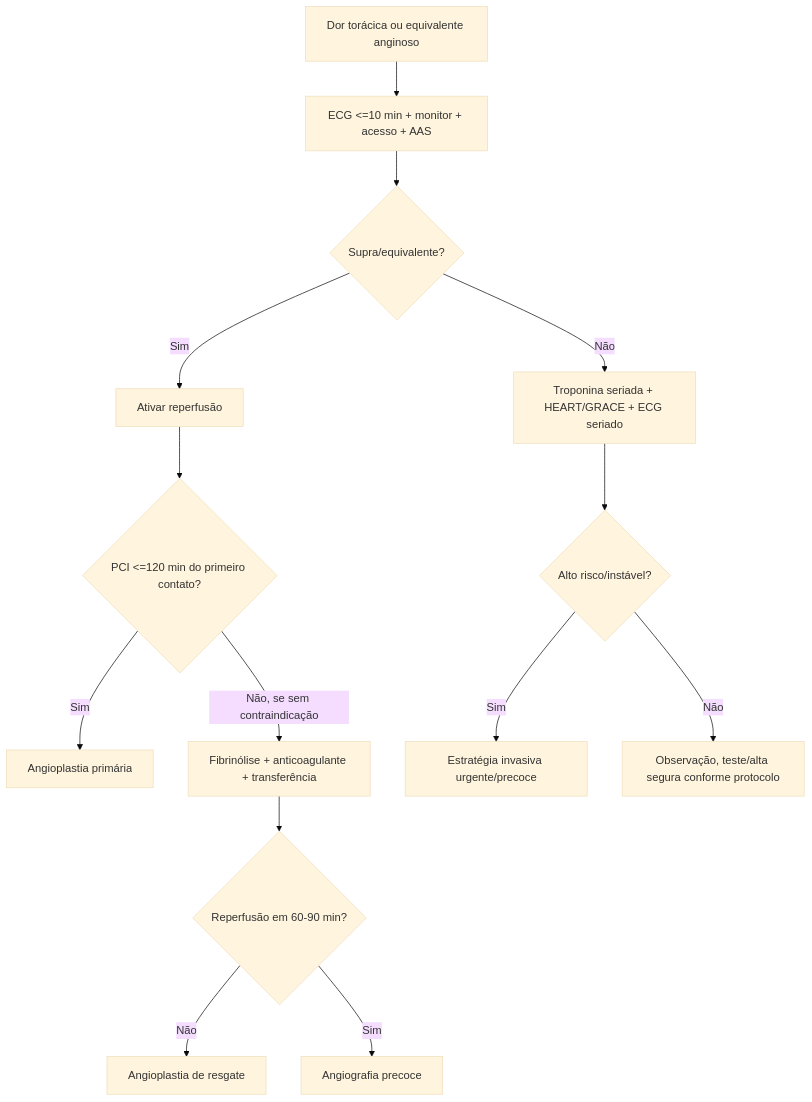
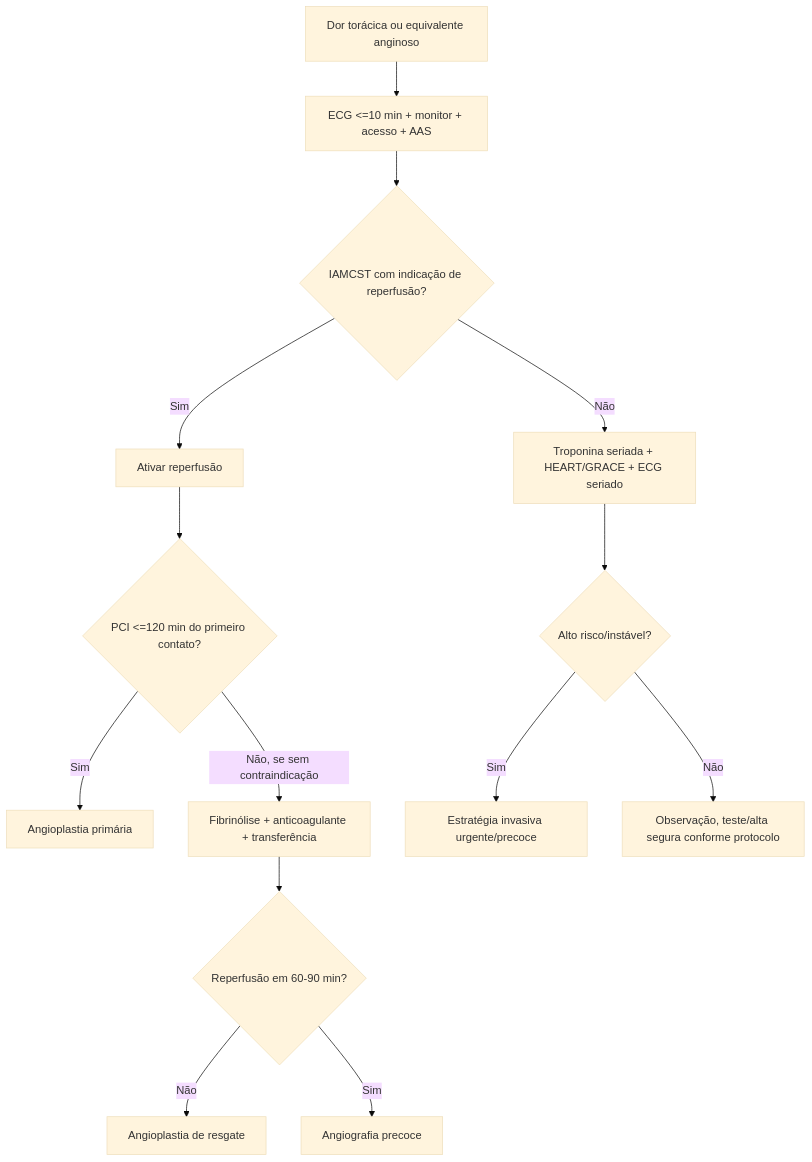
The first of 3 diagrams in Intensivao/temas/005_sca-arritmias-hipertensivas.md (ThiagoPersona/emergencia26), drawn with Mermaid (base theme) before and after one commit. The commit also changed other lines of this file and 5 other files, not shown here.

````diff
--- a/Intensivao/temas/005_sca-arritmias-hipertensivas.md
+++ b/Intensivao/temas/005_sca-arritmias-hipertensivas.md
@@ -275,16 +298,16 @@
 ```mermaid
 flowchart TD
     A["Dor torácica ou equivalente anginoso"] --> B["ECG <=10 min + monitor + acesso + AAS"]
-    B --> C{"Supra/equivalente?"}
+    B --> C{"IAMCST com indicação de reperfusão?"}
     C -->|Sim| D["Ativar reperfusão"]
     D --> E{"PCI <=120 min do primeiro contato?"}
     E -->|Sim| F["Angioplastia primária"]
     E -->|Não, se sem contraindicação| G["Fibrinólise + anticoagulante + transferência"]
     G --> H{"Reperfusão em 60-90 min?"}
     H -->|Não| I["Angioplastia de resgate"]
     H -->|Sim| J["Angiografia precoce"]
     C -->|Não| K["Troponina seriada + HEART/GRACE + ECG seriado"]
     K --> L{"Alto risco/instável?"}
     L -->|Sim| M["Estratégia invasiva urgente/precoce"]
     L -->|Não| N["Observação, teste/alta segura conforme protocolo"]
 ```
````
